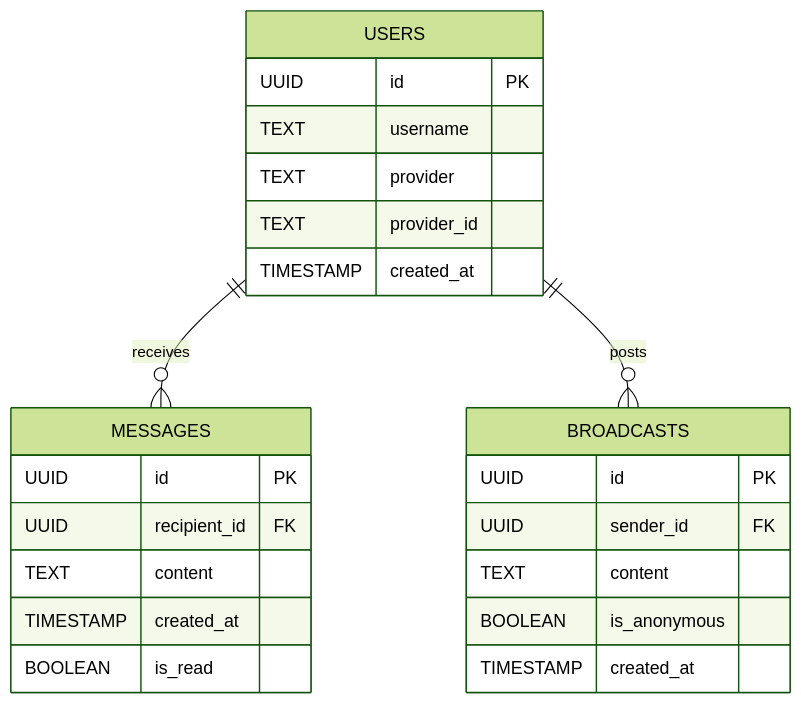
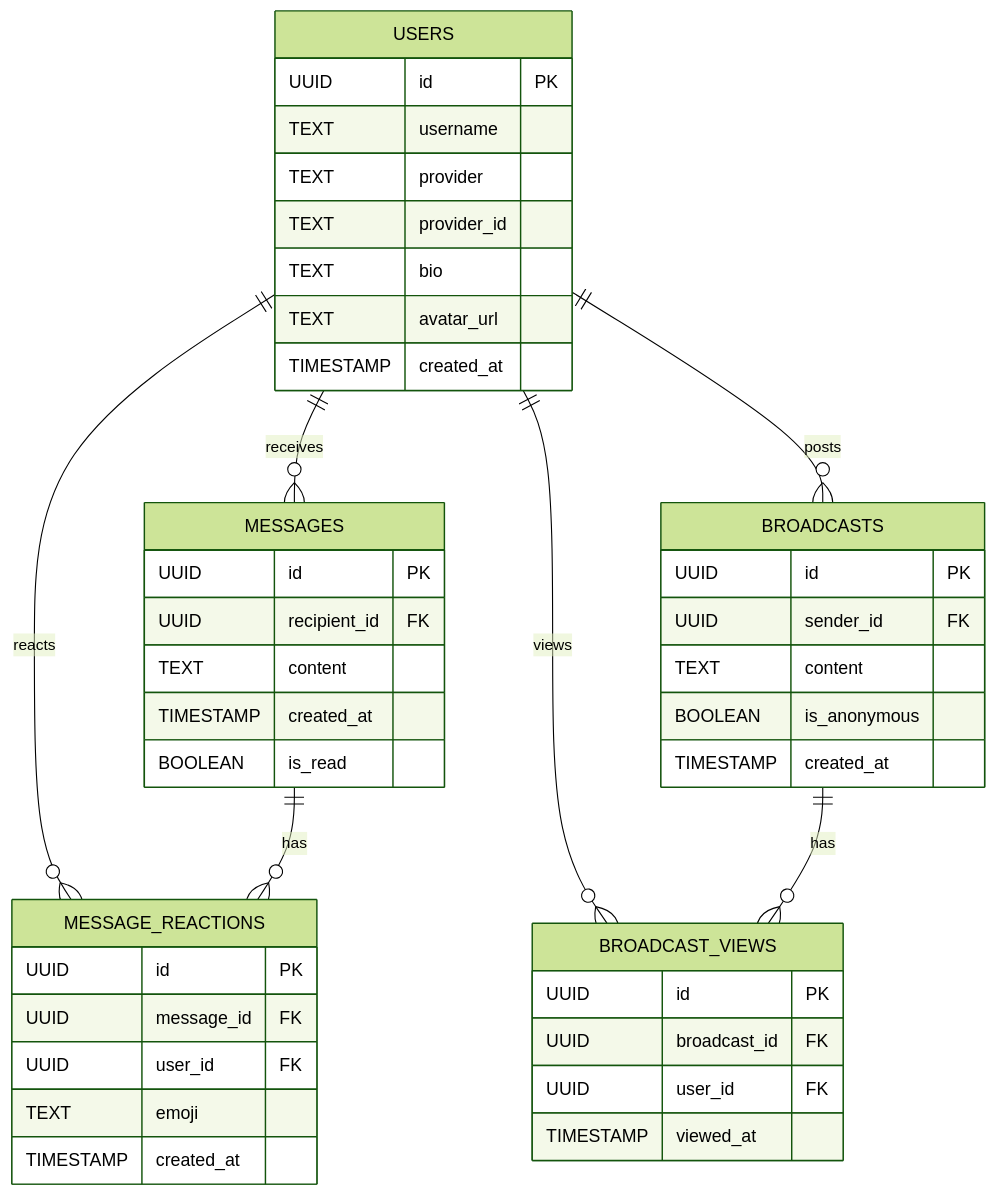
One commit to NextGen-Coders1/anonyma changed the diagram in docs/ARCHITECTURE.md. Above: the diagram before and after it, drawn with Mermaid (forest theme). The commit also changed other lines of this file and 12 other files, not shown here.

Commit message:
feat: implement profile settings, reactions, read receipts, consolidate schema, and update project documentation

````diff
--- a/docs/ARCHITECTURE.md
+++ b/docs/ARCHITECTURE.md
@@ -18,27 +18,46 @@
 ```mermaid
 erDiagram
     USERS {
         UUID id PK
         TEXT username
         TEXT provider
         TEXT provider_id
+        TEXT bio
+        TEXT avatar_url
         TIMESTAMP created_at
     }
     MESSAGES {
         UUID id PK
         UUID recipient_id FK
         TEXT content
         TIMESTAMP created_at
         BOOLEAN is_read
     }
+    MESSAGE_REACTIONS {
+        UUID id PK
+        UUID message_id FK
+        UUID user_id FK
+        TEXT emoji
+        TIMESTAMP created_at
+    }
     BROADCASTS {
         UUID id PK
         UUID sender_id FK
         TEXT content
         BOOLEAN is_anonymous
         TIMESTAMP created_at
     }
+    BROADCAST_VIEWS {
+        UUID id PK
+        UUID broadcast_id FK
+        UUID user_id FK
+        TIMESTAMP viewed_at
+    }
 
     USERS ||--o{ MESSAGES : "receives"
     USERS ||--o{ BROADCASTS : "posts"
+    USERS ||--o{ MESSAGE_REACTIONS : "reacts"
+    USERS ||--o{ BROADCAST_VIEWS : "views"
+    MESSAGES ||--o{ MESSAGE_REACTIONS : "has"
+    BROADCASTS ||--o{ BROADCAST_VIEWS : "has"
 ```
````
